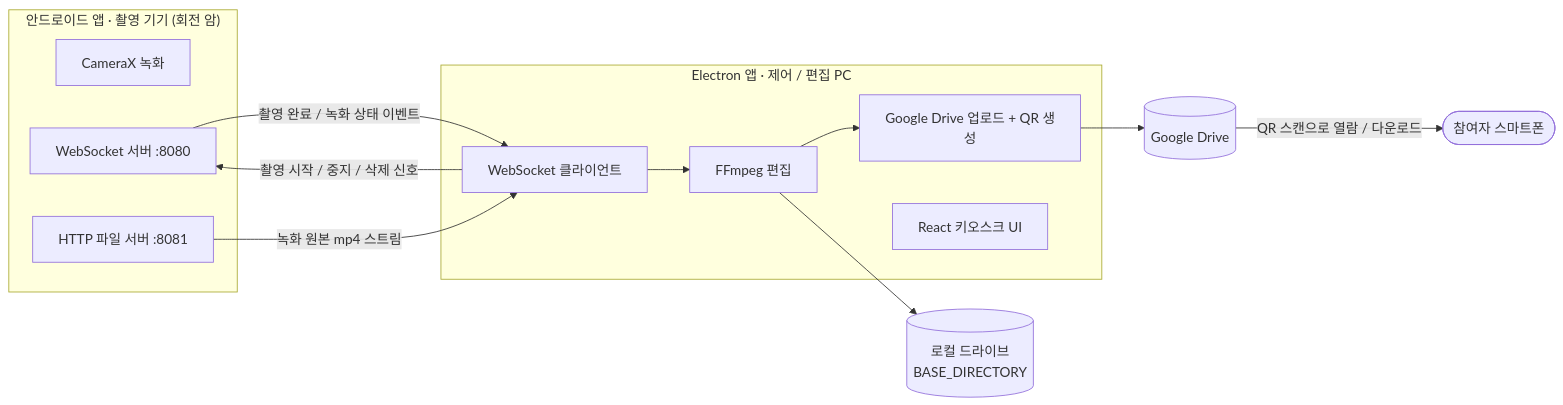
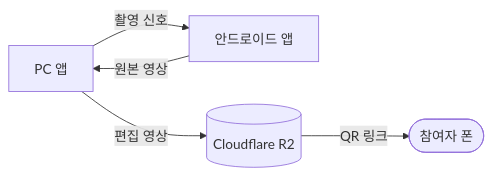
One commit to sub9707/360-kiosk changed the diagram in readme.md. Above: the diagram before and after it, drawn with Mermaid. The commit also changed other lines of this file and 4 other files, not shown here.

````diff
--- a/readme.md
+++ b/readme.md
@@ -75,24 +21,7 @@
 ```mermaid
 flowchart LR
-    subgraph Android["안드로이드 앱 · 촬영 기기 (회전 암)"]
-        CX[CameraX 녹화]
-        WSS[WebSocket 서버 :8080]
-        HTTP[HTTP 파일 서버 :8081]
-    end
-    subgraph PC["Electron 앱 · 제어 / 편집 PC"]
-        WSC[WebSocket 클라이언트]
-        FF[FFmpeg 편집]
-        DRV[Google Drive 업로드 + QR 생성]
-        UI[React 키오스크 UI]
-    end
-    GD[(Google Drive)]
-    LOCAL[(로컬 드라이브\nBASE_DIRECTORY)]
-    USER([참여자 스마트폰])
-
-    WSC -- "촬영 시작 / 중지 / 삭제 신호" --> WSS
-    WSS -- "촬영 완료 / 녹화 상태 이벤트" --> WSC
-    HTTP -- "녹화 원본 mp4 스트림" --> WSC
-    WSC --> FF --> DRV --> GD
-    FF --> LOCAL
-    GD -- "QR 스캔으로 열람 / 다운로드" --> USER
+    PC[PC 앱] -- 촬영 신호 --> A[안드로이드 앱]
+    A -- 원본 영상 --> PC
+    PC -- 편집 영상 --> R2[(Cloudflare R2)]
+    R2 -- QR 링크 --> U([참여자 폰])
 ```
````
